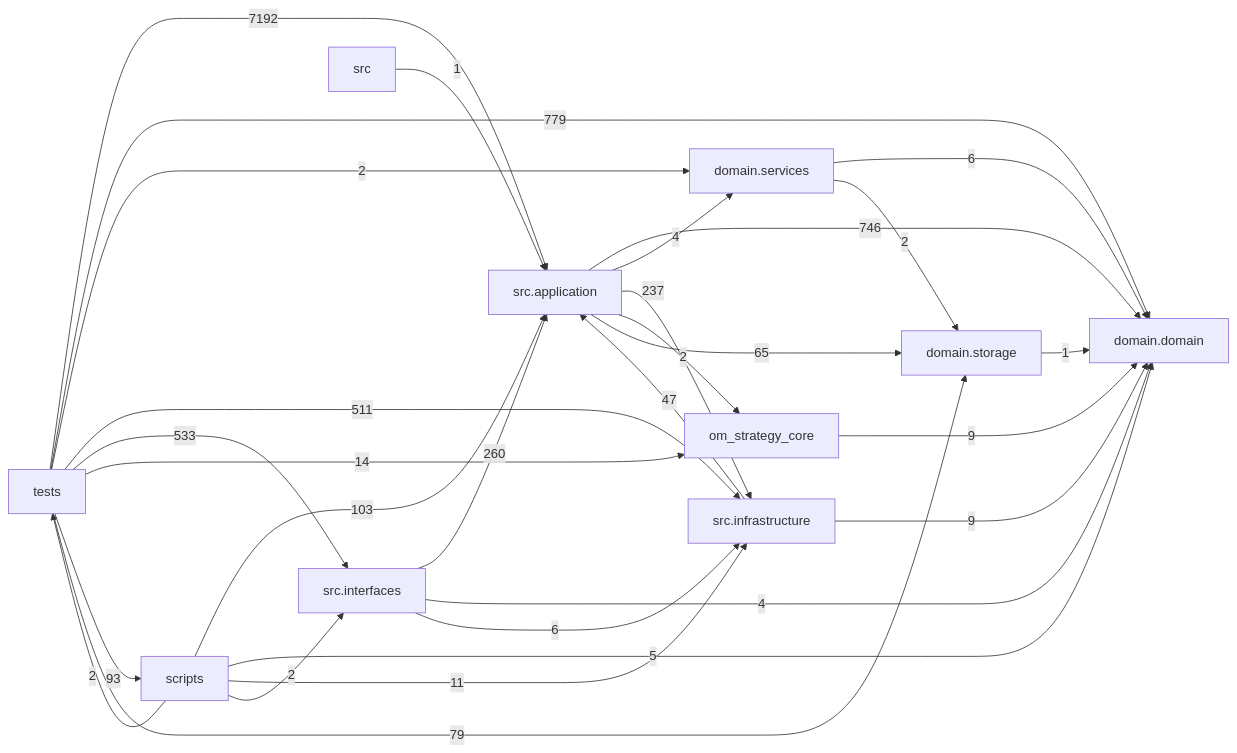
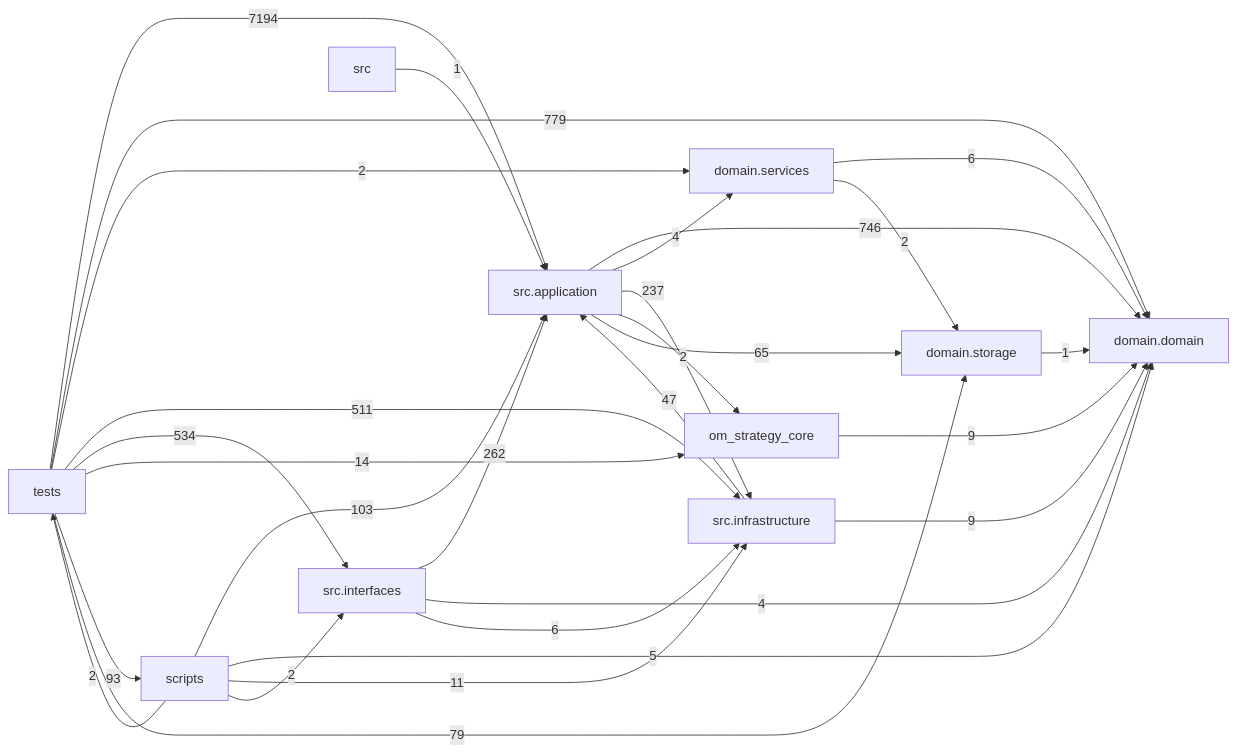
One commit to liuxie066/options-monitor changed the diagram in docs/DEPENDENCY_GRAPH.md. Above: the diagram before and after it, drawn with Mermaid. The commit also changed other lines of this file and 20 other files, not shown here.

````diff
--- a/docs/DEPENDENCY_GRAPH.md
+++ b/docs/DEPENDENCY_GRAPH.md
@@ -24,39 +24,39 @@
 ```mermaid
 flowchart LR
   tests["tests"]
   scripts["scripts"]
   interfaces["src.interfaces"]
   application["src.application"]
   infrastructure["src.infrastructure"]
   domain_services["domain.services"]
   domain["domain.domain"]
   storage["domain.storage"]
   application -->|746| domain
   application -->|4| domain_services
   application -->|237| infrastructure
   application -->|2| om_strategy_core
   application -->|65| storage
   domain_services -->|6| domain
   domain_services -->|2| storage
   infrastructure -->|47| application
   infrastructure -->|9| domain
-  interfaces -->|260| application
+  interfaces -->|262| application
   interfaces -->|4| domain
   interfaces -->|6| infrastructure
   om_strategy_core -->|9| domain
   scripts -->|103| application
   scripts -->|5| domain
   scripts -->|11| infrastructure
   scripts -->|2| interfaces
   scripts -->|2| tests
   src -->|1| application
   storage -->|1| domain
-  tests -->|7192| application
+  tests -->|7194| application
   tests -->|779| domain
   tests -->|2| domain_services
   tests -->|511| infrastructure
-  tests -->|533| interfaces
+  tests -->|534| interfaces
   tests -->|14| om_strategy_core
   tests -->|93| scripts
   tests -->|79| storage
 ```
````
